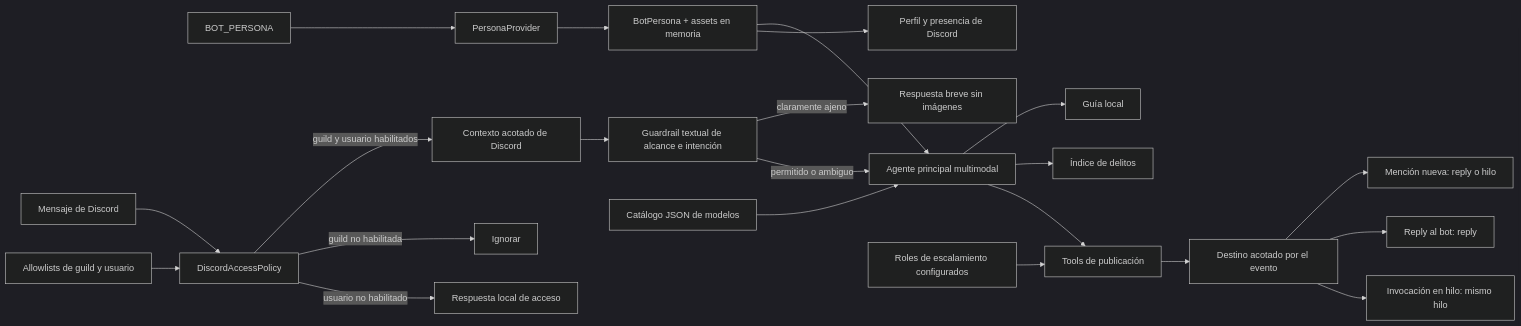
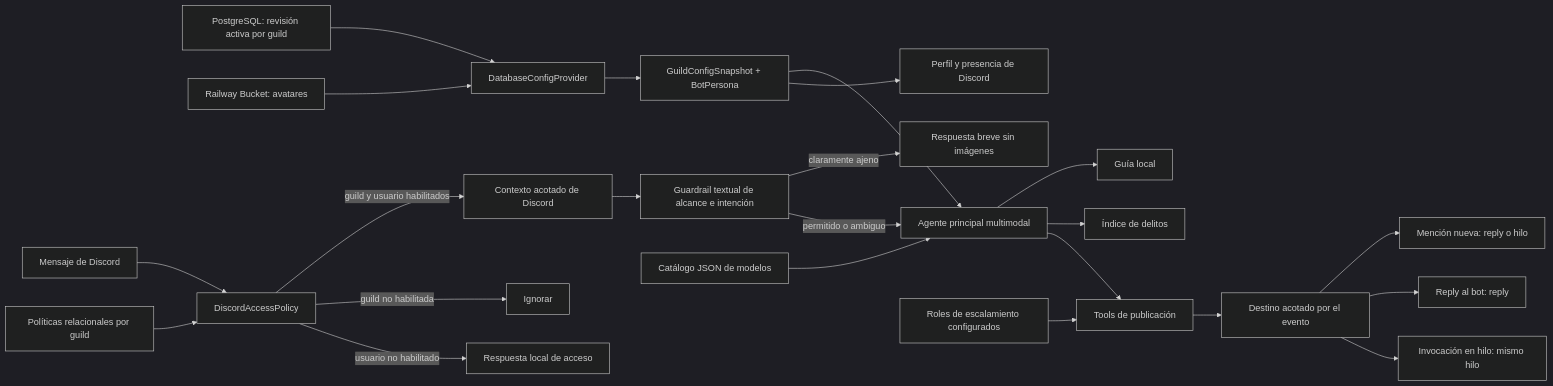
The diagram in docs/ARCHITECTURE.md (SouthViking/arrest-report-agent), drawn with Mermaid (dark theme) before and after one commit. The commit also changed other lines of this file and 75 other files, not shown here.

````diff
--- a/docs/ARCHITECTURE.md
+++ b/docs/ARCHITECTURE.md
@@ -5,24 +5,25 @@
 ```mermaid
 flowchart LR
-    V["BOT_PERSONA"] --> B["PersonaProvider"]
-    B --> Q["BotPersona + assets en memoria"]
+    V["PostgreSQL: revisión activa por guild"] --> B["DatabaseConfigProvider"]
+    K["Railway Bucket: avatares"] --> B
+    B --> Q["GuildConfigSnapshot + BotPersona"]
     Q --> R
     Q --> Y["Perfil y presencia de Discord"]
     M["Mensaje de Discord"] --> T["DiscordAccessPolicy"]
-    A["Allowlists de guild y usuario"] --> T
+    A["Políticas relacionales por guild"] --> T
     T -->|"guild y usuario habilitados"| C["Contexto acotado de Discord"]
     T -->|"guild no habilitada"| I["Ignorar"]
     T -->|"usuario no habilitado"| U["Respuesta local de acceso"]
     C --> S["Guardrail textual de alcance e intención"]
     S -->|"claramente ajeno"| O["Respuesta breve sin imágenes"]
     S -->|"permitido o ambiguo"| R["Agente principal multimodal"]
     J["Catálogo JSON de modelos"] --> R
     R --> G["Guía local"]
     R --> D["Índice de delitos"]
     R --> P["Tools de publicación"]
     E["Roles de escalamiento configurados"] --> P
     P --> X["Destino acotado por el evento"]
     X --> H["Mención nueva: reply o hilo"]
     X --> N["Reply al bot: reply"]
     X --> F["Invocación en hilo: mismo hilo"]
 ```
````
